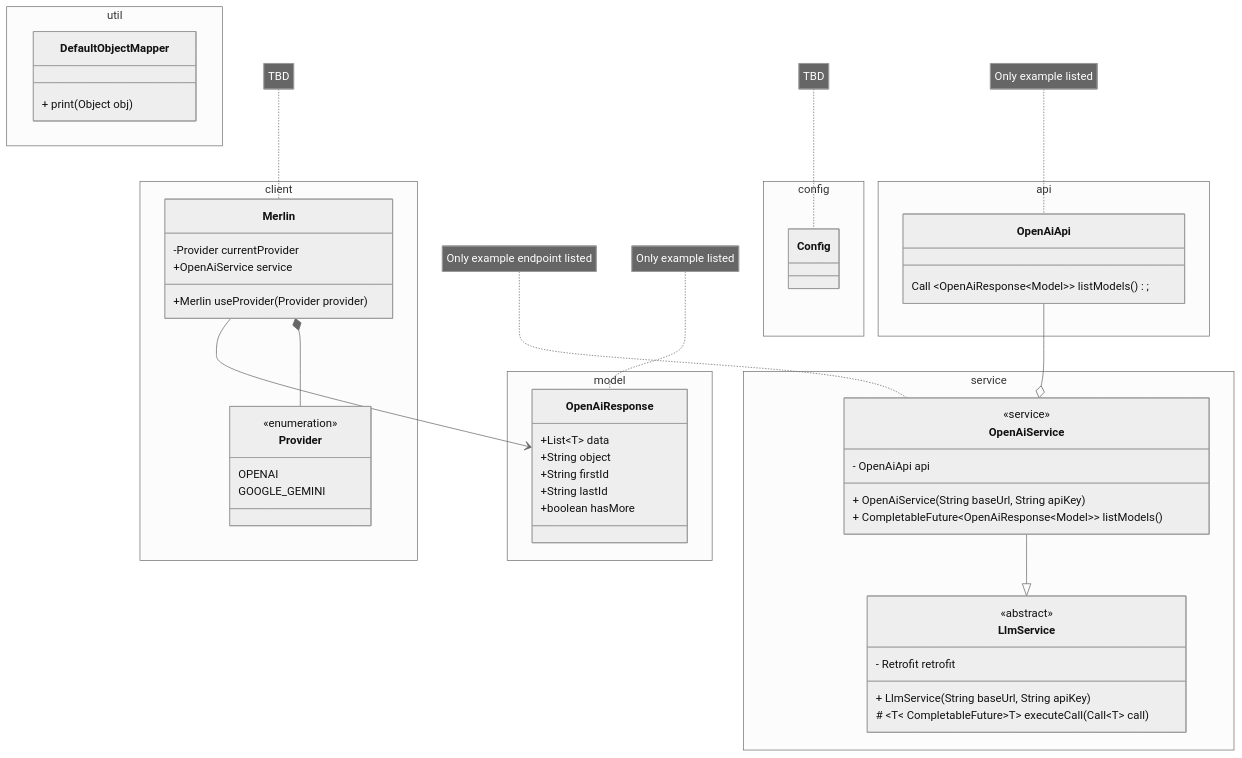
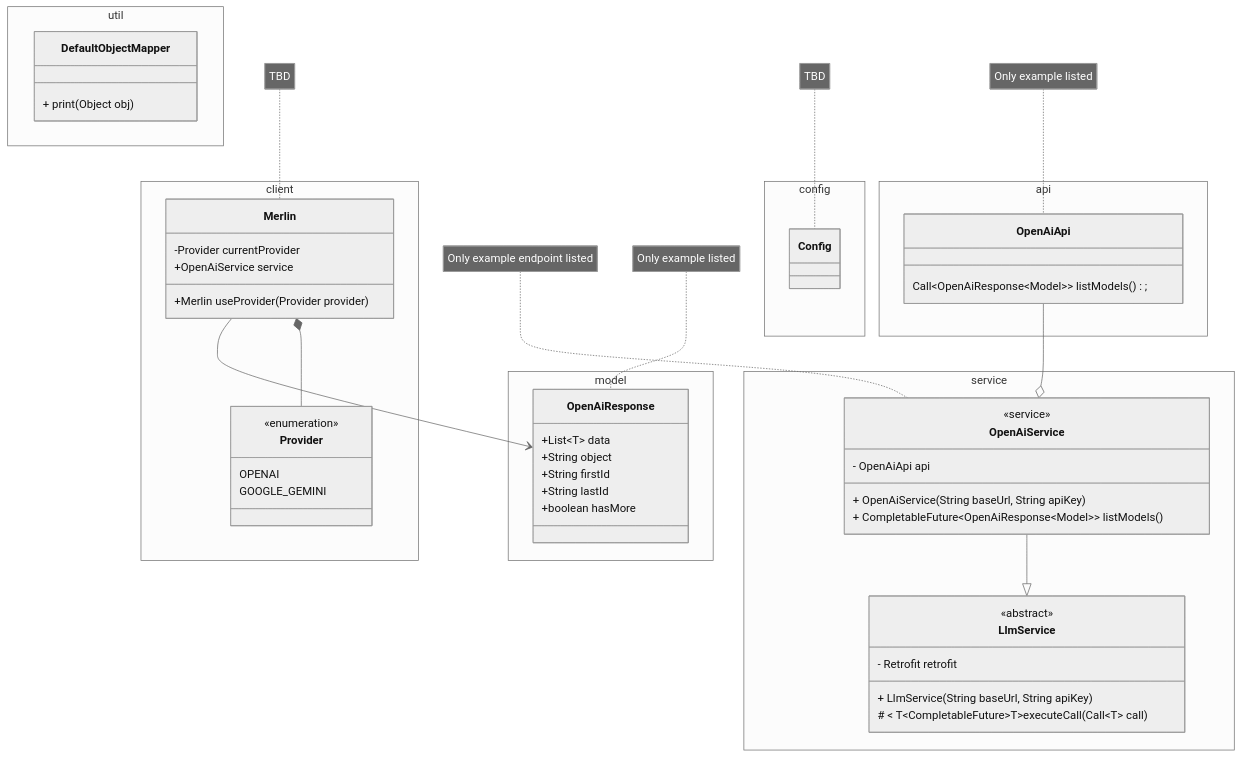
Before and after one commit to jkmeansesc/Merlin: the diagram in README.md, drawn with Mermaid (neutral theme). The commit also changed other lines of this file and 448 other files, not shown here.

````diff
--- a/README.md
+++ b/README.md
@@ -98,69 +99,65 @@
 ```mermaid
 classDiagram
     direction TD
-
     note for OpenAiApi "Only example listed"
-    namespace api{
+    namespace api {
         class OpenAiApi {
-            Call ~OpenAiResponse~Model~~ listModels();
+            Call~OpenAiResponse~Model~~ listModels();
         }
     }
 
     note for Merlin "TBD"
-    namespace client{
+    namespace client {
         class Merlin {
             -Provider currentProvider
             +Merlin useProvider(Provider provider)
             +OpenAiService service
         }
 
         class Provider {
             <<enumeration>>
             OPENAI
             GOOGLE_GEMINI
         }
     }
     Merlin *-- Provider
     Merlin --> OpenAiResponse
-
     note for OpenAiService "Only example endpoint listed"
-    namespace service{
+    namespace service {
         class LlmService {
             <<abstract>>
             - Retrofit retrofit
             + LlmService(String baseUrl, String apiKey)
-            # ~T~ CompletableFuture~T~ executeCall(Call~T~ call)
+            # ~ T~CompletableFuture~T~executeCall(Call~T~ call)
         }
         class OpenAiService {
             <<service>>
             - OpenAiApi api
             + OpenAiService(String baseUrl, String apiKey)
             + CompletableFuture~OpenAiResponse~Model~~ listModels()
         }
     }
     OpenAiService --|> LlmService
     OpenAiApi --o OpenAiService
-
-
     note for OpenAiResponse "Only example listed"
-    namespace model{
+    namespace model {
         class OpenAiResponse~T~ {
-        +List~T~ data
-        +String object
-        +String firstId
-        +String lastId
-        +boolean hasMore
+            +List~T~ data
+            +String object
+            +String firstId
+            +String lastId
+            +boolean hasMore
         }
     }
 
     note for Config "TBD"
     namespace config {
         class Config
     }
 
     namespace util {
         class DefaultObjectMapper {
             + print(Object obj)
         }
     }
 ```
````
